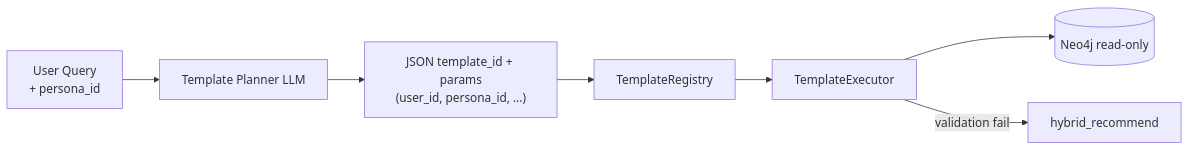
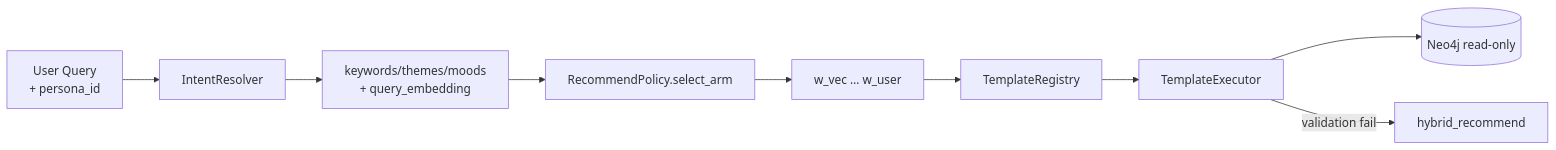
One commit to kakao4-KAKAMU/KAKAMU_DE changed the diagram in docs/cypher_templates.md. Above: the diagram before and after it, drawn with Mermaid. The commit also changed other lines of this file and 14 other files, not shown here.

````diff
--- a/docs/cypher_templates.md
+++ b/docs/cypher_templates.md
@@ -6,9 +9,11 @@
 ```mermaid
 flowchart LR
-    UserQuery["User Query\n+ persona_id"] --> LLM[Template Planner LLM]
-    LLM --> Intent["JSON template_id + params\n(user_id, persona_id, …)"]
-    Intent --> Registry[TemplateRegistry]
+    Query["User Query\n+ persona_id"] --> IR[IntentResolver]
+    IR --> Params["keywords/themes/moods\n+ query_embedding"]
+    Params --> Policy[RecommendPolicy.select_arm]
+    Policy --> Weights["w_vec … w_user"]
+    Weights --> Registry[TemplateRegistry]
     Registry --> Executor[TemplateExecutor]
     Executor --> Neo4j[(Neo4j read-only)]
     Executor -->|validation fail| Fallback[hybrid_recommend]
 ```
````
